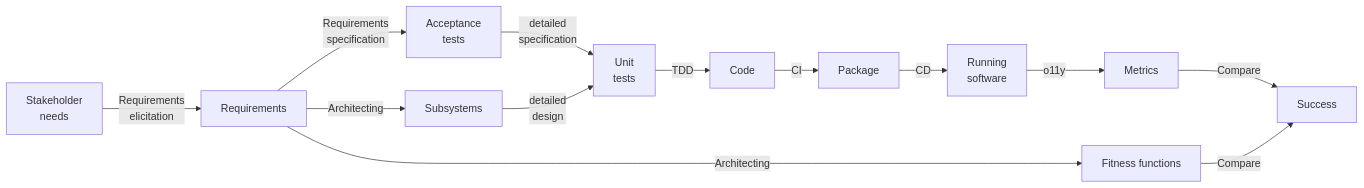
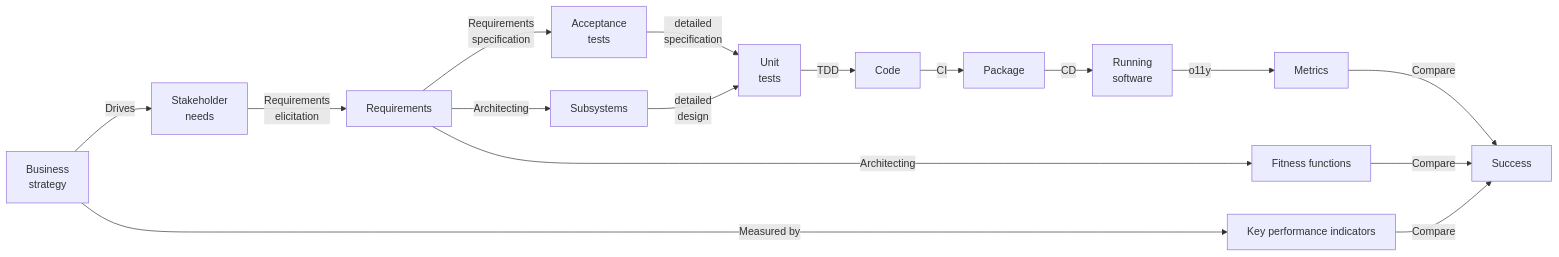
The diagram in docs/engineering-process/analysis.md (setms/book), drawn with Mermaid before and after one commit.

Commit message:
Place software development in the business context

````diff
--- a/docs/engineering-process/analysis.md
+++ b/docs/engineering-process/analysis.md
@@ -8,29 +8,33 @@
 ```mermaid
 flowchart LR
+  B[Business\nstrategy]
+  KPI[Key performance indicators]
   N[Stakeholder\nneeds]
   R[Requirements]
   S[Subsystems]
   AT[Acceptance\ntests]
   UT[Unit\ntests]
   C[Code]
   P[Package]
   E[Running\nsoftware]
   M[Metrics]
   F[Fitness functions]
 
-
+  B --Drives--> N
+  B --Measured by--> KPI
   UT --TDD--> C
   C --CI--> P
   P --CD--> E
   E -- o11y --> M
   R --Architecting--> F
 
   N --Requirements\nelicitation--> R
   R --Architecting--> S
   R --Requirements\nspecification--> AT
   AT --detailed\nspecification--> UT
   S --detailed\ndesign--> UT
 
   M --Compare--> Success
   F --Compare--> Success
+  KPI --Compare--> Success
 ```
````
